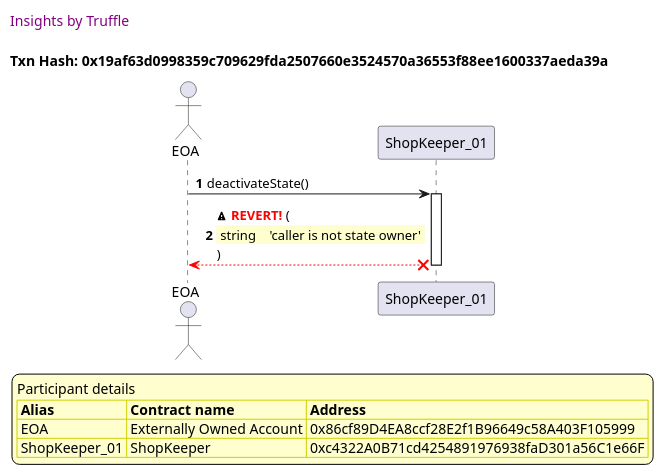
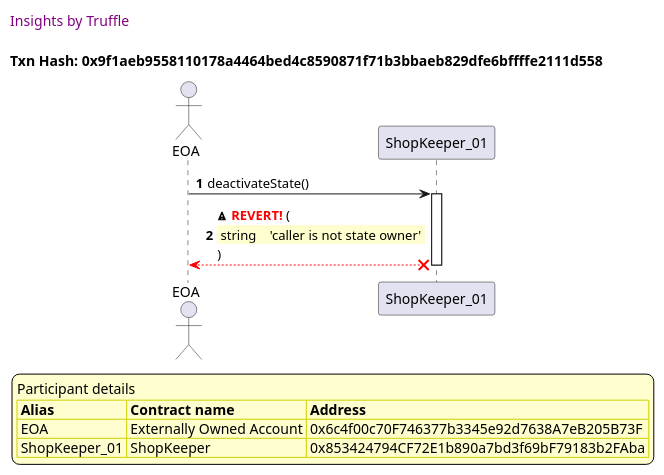
The tenth of 10 diagrams in truffle-seq/Shop_test_shopkeeper_add_shop.md (thedarkjester/ConsensysAssignment), drawn with PlantUML before and after one commit. The commit also changed other lines of this file and 13 other files, not shown here.

````diff
--- a/truffle-seq/Shop_test_shopkeeper_add_shop.md
+++ b/truffle-seq/Shop_test_shopkeeper_add_shop.md
@@ -491,40 +458,40 @@
 ```plantuml
 
 
 @startuml
 
 autonumber
 skinparam legendBackgroundColor #FEFECE
 
 <style>
       header {
         HorizontalAlignment left
         FontColor purple
         FontSize 14
         Padding 10
       }
     </style>
 
 header Insights by Truffle
 
-title Txn Hash: 0x19af63d0998359c709629fda2507660e3524570a36553f88ee1600337aeda39a
+title Txn Hash: 0x9f1aeb9558110178a4464bed4c8590871f71b3bbaeb829dfe6bffffe2111d558
 
 
 actor EOA as "EOA"
 participant ShopKeeper_01 as "ShopKeeper_01"
 
 "EOA" -> "ShopKeeper_01" ++: deactivateState()
 "ShopKeeper_01" x-[#red]-> "EOA" --: <&warning> <color #red>**REVERT!**</color> (\n\
 <#FEFECE,#FEFECE>| string |  | 'caller is not state owner' |\n\
 )
 deactivate "ShopKeeper_01"
 
 legend
 Participant details
 <#FEFECE,#D0D000>|= Alias |= Contract name |= Address |
-<#FEFECE>| EOA | Externally Owned Account | 0x86cf89D4EA8ccf28E2f1B96649c58A403F105999 |
-<#FEFECE>| ShopKeeper_01 | ShopKeeper | 0xc4322A0B71cd4254891976938faD301a56C1e66F |
+<#FEFECE>| EOA | Externally Owned Account | 0x6c4f00c70F746377b3345e92d7638A7eB205B73F |
+<#FEFECE>| ShopKeeper_01 | ShopKeeper | 0x853424794CF72E1b890a7bd3f69bF79183b2FAba |
 endlegend
 
 @enduml
 ```
````
